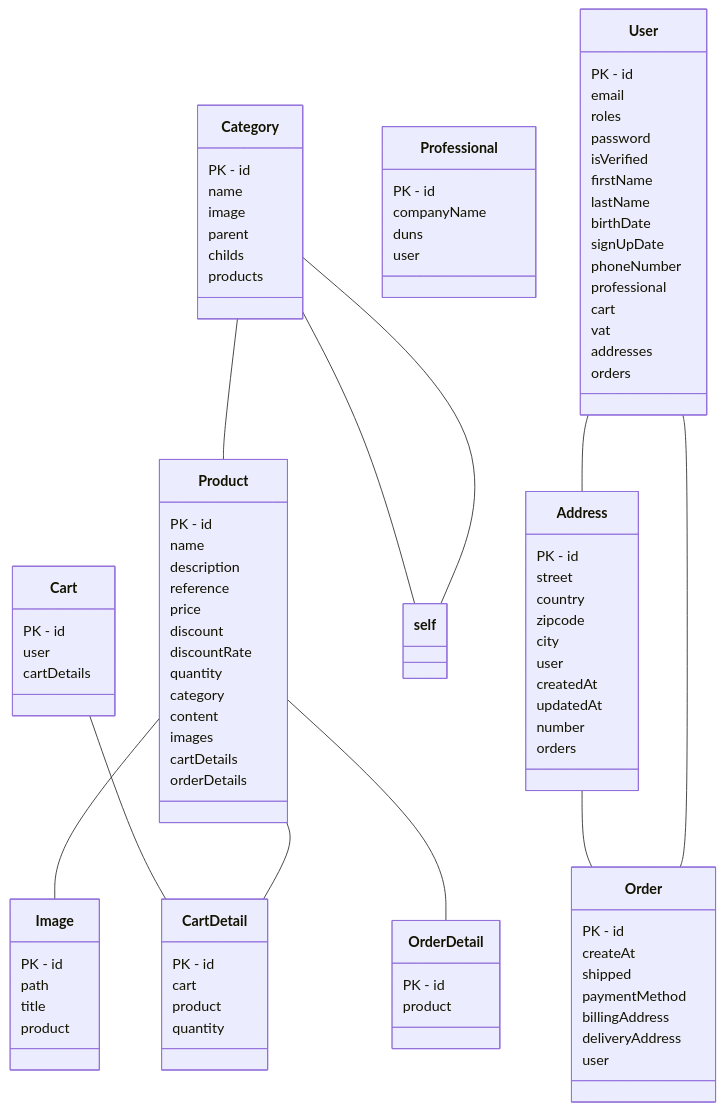
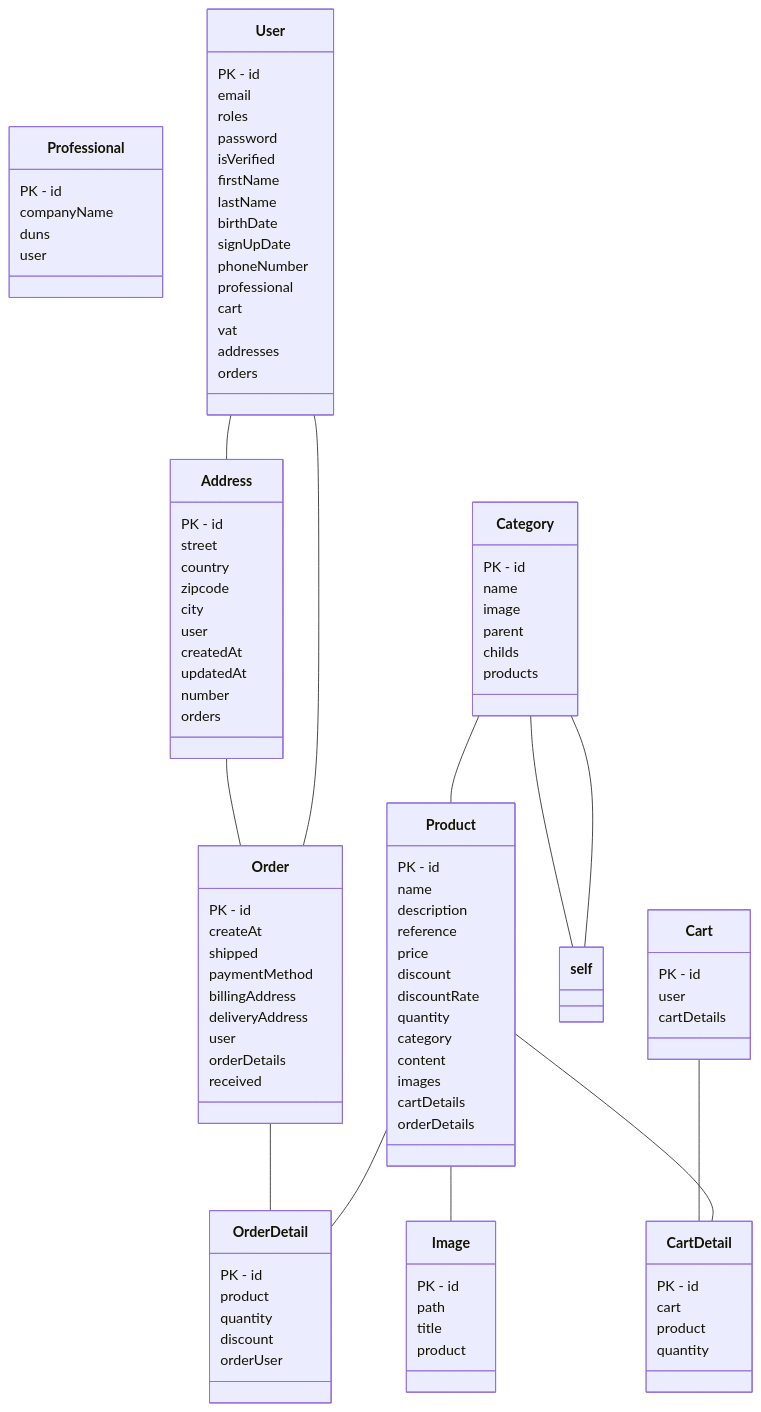
The diagram in UML.md (Mochafe/Projet-Fil-Rouge-Symfony-V1), drawn with Mermaid before and after one commit. The commit also changed 2 other files, not shown here.

Commit message:
order finish

```diff
--- a/UML.md
+++ b/UML.md
@@ -29,6 +29,18 @@
 quantity
 }
 
+class Category{
+PK - id
+name
+image
+parent
+childs
+products
+}
+
+Category -- self
+Category -- self
+Category -- Product
 class Image{
 PK - id
 path
@@ -44,23 +56,17 @@
 billingAddress
 deliveryAddress
 user
+orderDetails
+received
 }
 
-class Category{
-PK - id
-name
-image
-parent
-childs
-products
-}
-
-Category -- self
-Category -- self
-Category -- Product
+Order -- OrderDetail
 class OrderDetail{
 PK - id
 product
+quantity
+discount
+orderUser
 }
 
 class Product{
```
